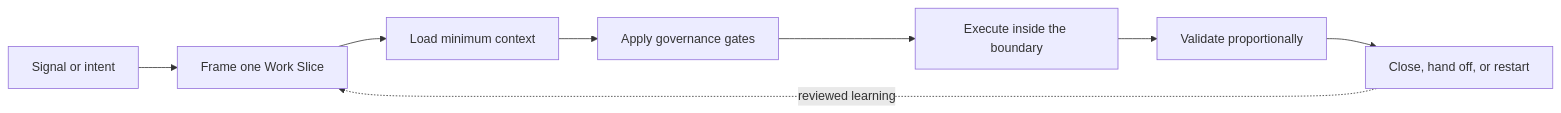
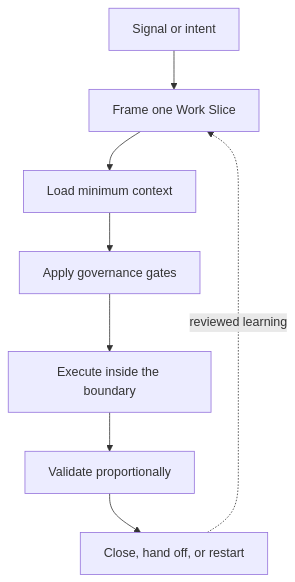
One commit to nevitonsantana/AletheIA changed the diagram in docs/index.mdx. Above: the diagram before and after it, drawn with Mermaid. The commit also changed 2 other files, not shown here.

Commit message:
docs: add creator avatar and links (#443)

````diff
--- a/docs/index.mdx
+++ b/docs/index.mdx
@@ -53,10 +53,10 @@
 ```mermaid
-flowchart LR
+flowchart TD
   A["Signal or intent"] --> B["Frame one Work Slice"]
   B --> C["Load minimum context"]
   C --> D["Apply governance gates"]
   D --> E["Execute inside the boundary"]
   E --> F["Validate proportionally"]
   F --> G["Close, hand off, or restart"]
   G -. "reviewed learning" .-> B
 ```
````
